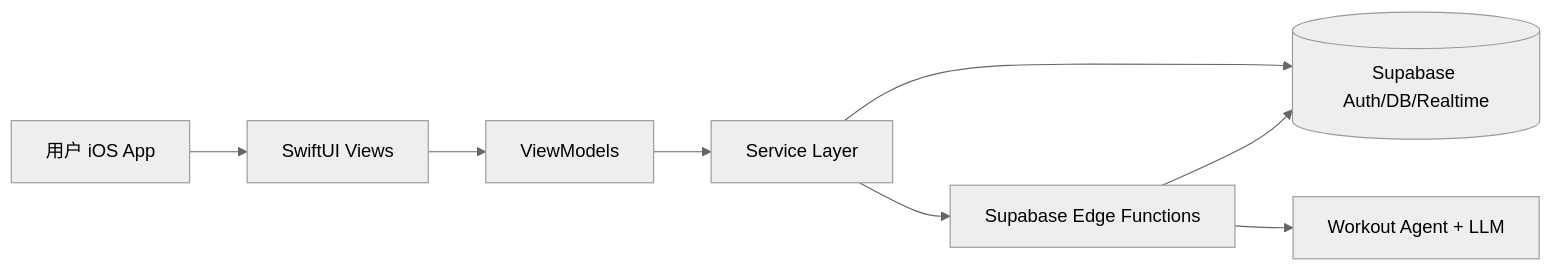
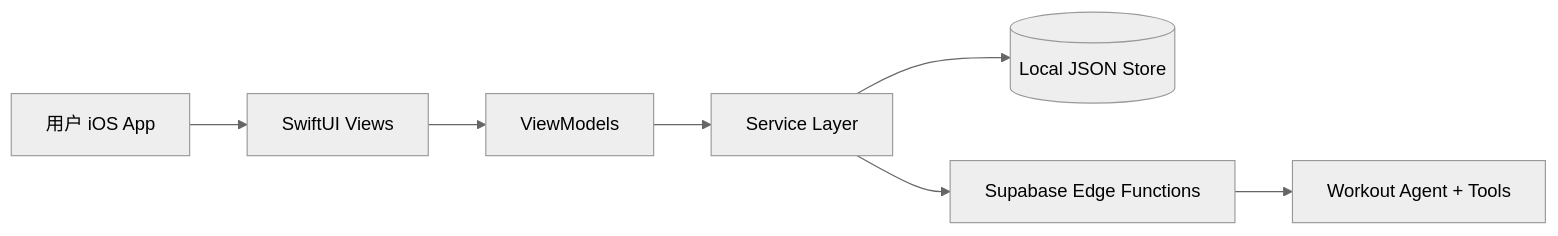
One commit to Paikchu/PeakLog changed the diagram in docs/architecture/system-architecture.md. Above: the diagram before and after it, drawn with Mermaid (neutral theme). The commit also changed other lines of this file and 75 other files, not shown here.

````diff
--- a/docs/architecture/system-architecture.md
+++ b/docs/architecture/system-architecture.md
@@ -15,10 +15,9 @@
 ```mermaid
 flowchart LR
     U[用户 iOS App] --> V[SwiftUI Views]
     V --> VM[ViewModels]
     VM --> S[Service Layer]
-    S --> SB[(Supabase Auth/DB/Realtime)]
+    S --> L[(Local JSON Store)]
     S --> EF[Supabase Edge Functions]
-    EF --> LLM[Workout Agent + LLM]
-    EF --> SB
+    EF --> A[Workout Agent + Tools]
 ```
````
